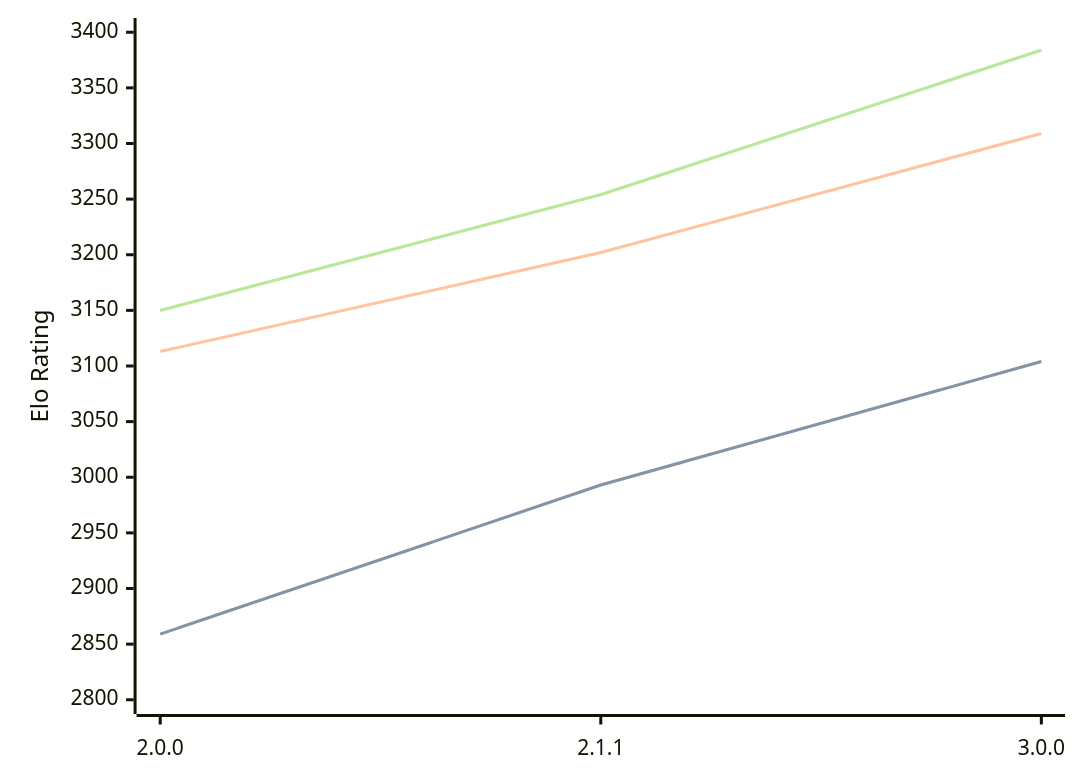
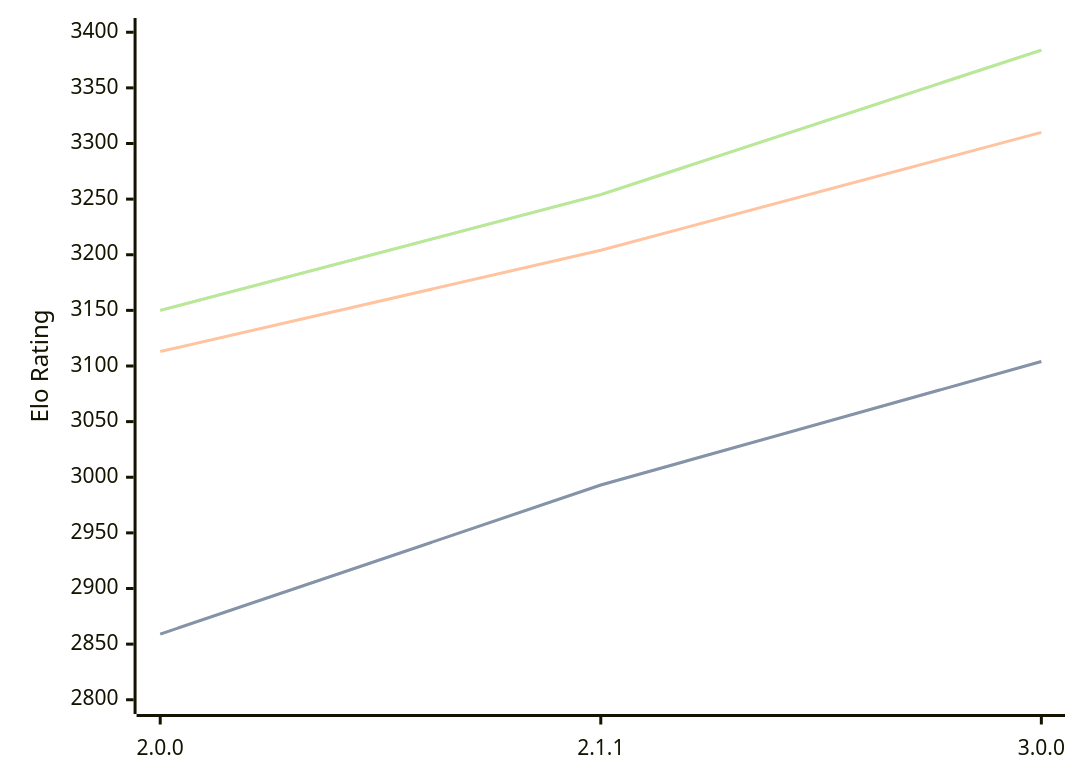
Before and after one commit to computer-chess-index/cci: the diagram in engines/Bread.md, drawn with Mermaid. The commit also changed other lines of this file, not shown here.

````diff
--- a/engines/Bread.md
+++ b/engines/Bread.md
@@ -36,11 +36,11 @@
 ```mermaid
 %%{init: {"theme":"base","themeVariables":{"seriesColors:['#a3a3a3','#222221','#faa371']}}}%%
 xychart-beta
   x-axis ["2.0.0", "2.1.1", "3.0.0"]
   y-axis "Elo Rating" 2800 --> 3400
   line "STC (8.0+0.08s)" [2859, 2993, 3104]
   line "STC (8.0+0.08s)" [2859, 2993, 3104]
-  line "LTC (60.0+0.60s)" [3113, 3202, 3309]
+  line "LTC (60.0+0.60s)" [3113, 3204, 3310]
   line "VLTC (2m24s+1.12s)" [3150, 3254, 3384]
   line "VLTC (2m24s+1.12s)" [3150, 3254, 3384]
 ```
````
